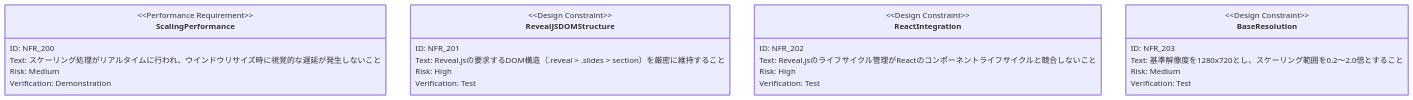
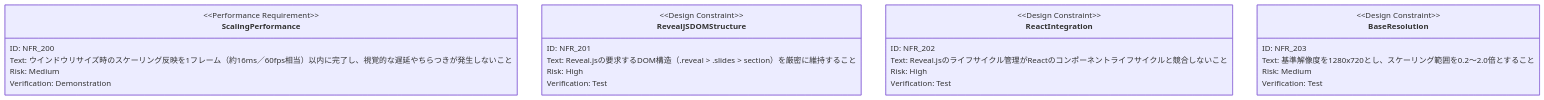
One commit to ToshikiImagawa/slide-presentation-app changed the fifth of 6 diagrams in .sdd/requirement/presentation-foundation.md. Above: the diagram before and after it, drawn with Mermaid. The commit also changed other lines of this file and 31 other files, not shown here.

````diff
--- a/.sdd/requirement/presentation-foundation.md
+++ b/.sdd/requirement/presentation-foundation.md
@@ -288,30 +316,30 @@
 ```mermaid
 requirementDiagram
     performanceRequirement ScalingPerformance {
         id: NFR_200
-        text: "スケーリング処理がリアルタイムに行われ、ウインドウリサイズ時に視覚的な遅延が発生しないこと"
+        text: "ウインドウリサイズ時のスケーリング反映を1フレーム（約16ms／60fps相当）以内に完了し、視覚的な遅延やちらつきが発生しないこと"
         risk: medium
         verifymethod: demonstration
     }
 
     designConstraint RevealJSDOMStructure {
         id: NFR_201
         text: "Reveal.jsの要求するDOM構造（.reveal > .slides > section）を厳密に維持すること"
         risk: high
         verifymethod: test
     }
 
     designConstraint ReactIntegration {
         id: NFR_202
         text: "Reveal.jsのライフサイクル管理がReactのコンポーネントライフサイクルと競合しないこと"
         risk: high
         verifymethod: test
     }
 
     designConstraint BaseResolution {
         id: NFR_203
         text: "基準解像度を1280x720とし、スケーリング範囲を0.2〜2.0倍とすること"
         risk: medium
         verifymethod: test
     }
 ```
````
